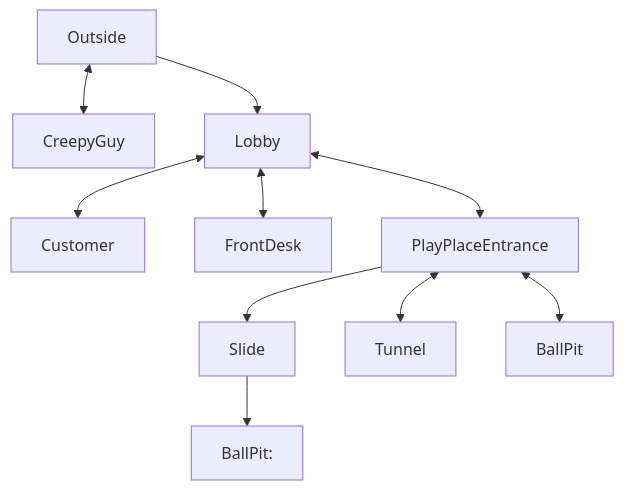
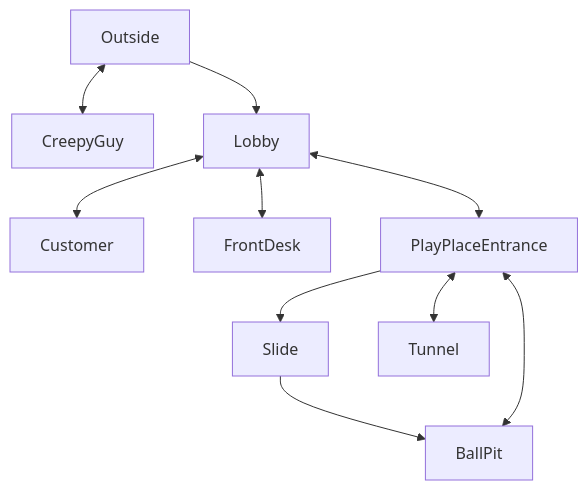
One commit to ghaynes429/ghaynes429.github.io changed the diagram in projects/game/README.md. Above: the diagram before and after it, drawn with Mermaid.

````diff
--- a/projects/game/README.md
+++ b/projects/game/README.md
@@ -12,14 +12,14 @@
 ```mermaid
 graph TD;
     Outside<-->CreepyGuy;
     Outside-->Lobby;
     Lobby<-->Customer;
     Lobby<-->FrontDesk;
     Lobby<-->PlayPlaceEntrance;
     PlayPlaceEntrance-->Slide;
-    Slide-->BallPit:
+    Slide-->BallPit;
     PlayPlaceEntrance<-->Tunnel;
     PlayPlaceEntrance<-->BallPit;
 
 
 ```
````
